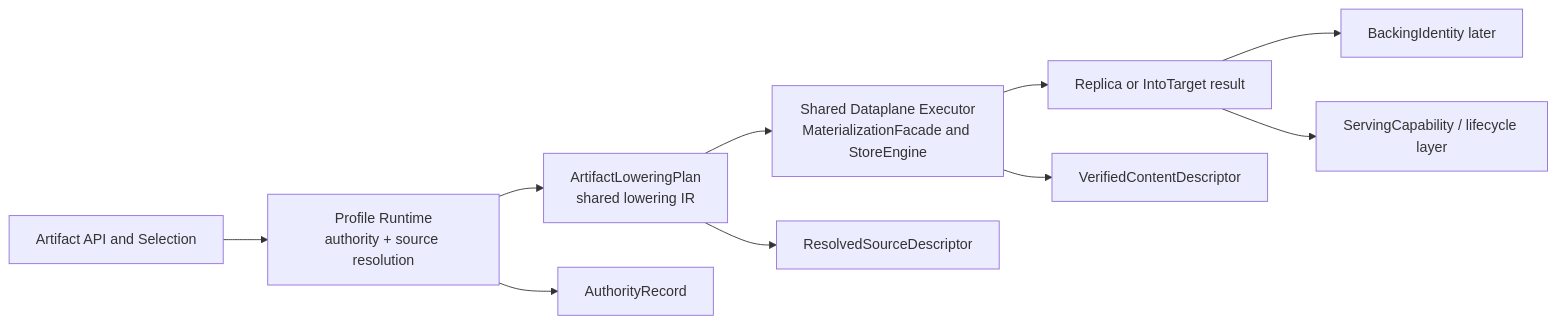
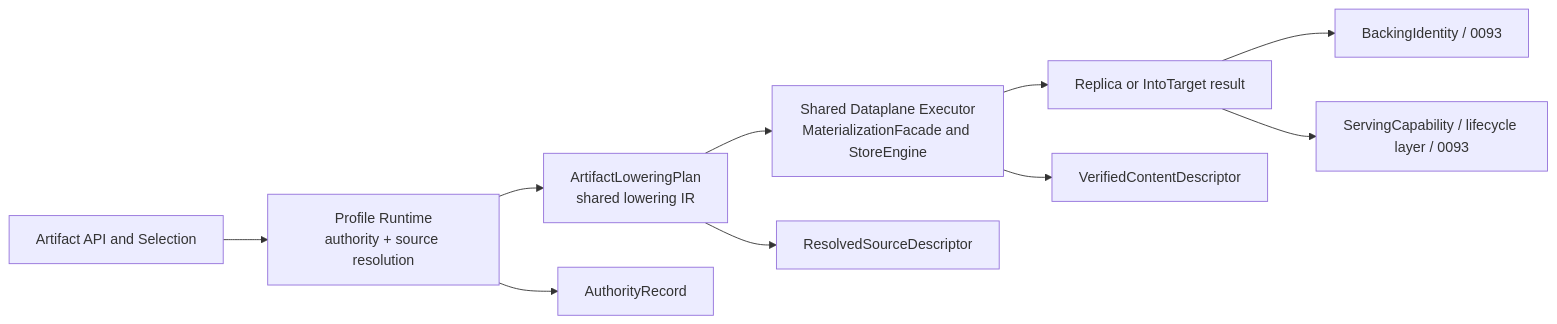
Before and after one commit to tensorcast-ai/tensorcast: the diagram in docs/designs/0092-artifact-profiles-shared-dataplane-and-truth-layering.md, drawn with Mermaid. The commit also changed other lines of this file and 33 other files, not shown here.

First line of the commit message:
feat(artifact): land 0093 backing identity and serving lifecycle

````diff
--- a/docs/designs/0092-artifact-profiles-shared-dataplane-and-truth-layering.md
+++ b/docs/designs/0092-artifact-profiles-shared-dataplane-and-truth-layering.md
@@ -180,13 +182,13 @@
 ```mermaid
 flowchart LR
   A["Artifact API and Selection"] --> B["Profile Runtime<br>authority + source resolution"]
   B --> C["ArtifactLoweringPlan<br>shared lowering IR"]
   C --> D["Shared Dataplane Executor<br>MaterializationFacade and StoreEngine"]
   D --> E["Replica or IntoTarget result"]
 
   B --> F["AuthorityRecord"]
   C --> G["ResolvedSourceDescriptor"]
   D --> H["VerifiedContentDescriptor"]
-  E --> I["BackingIdentity later"]
-  E --> J["ServingCapability / lifecycle layer"]
+  E --> I["BackingIdentity / 0093"]
+  E --> J["ServingCapability / lifecycle layer / 0093"]
 ```
````
